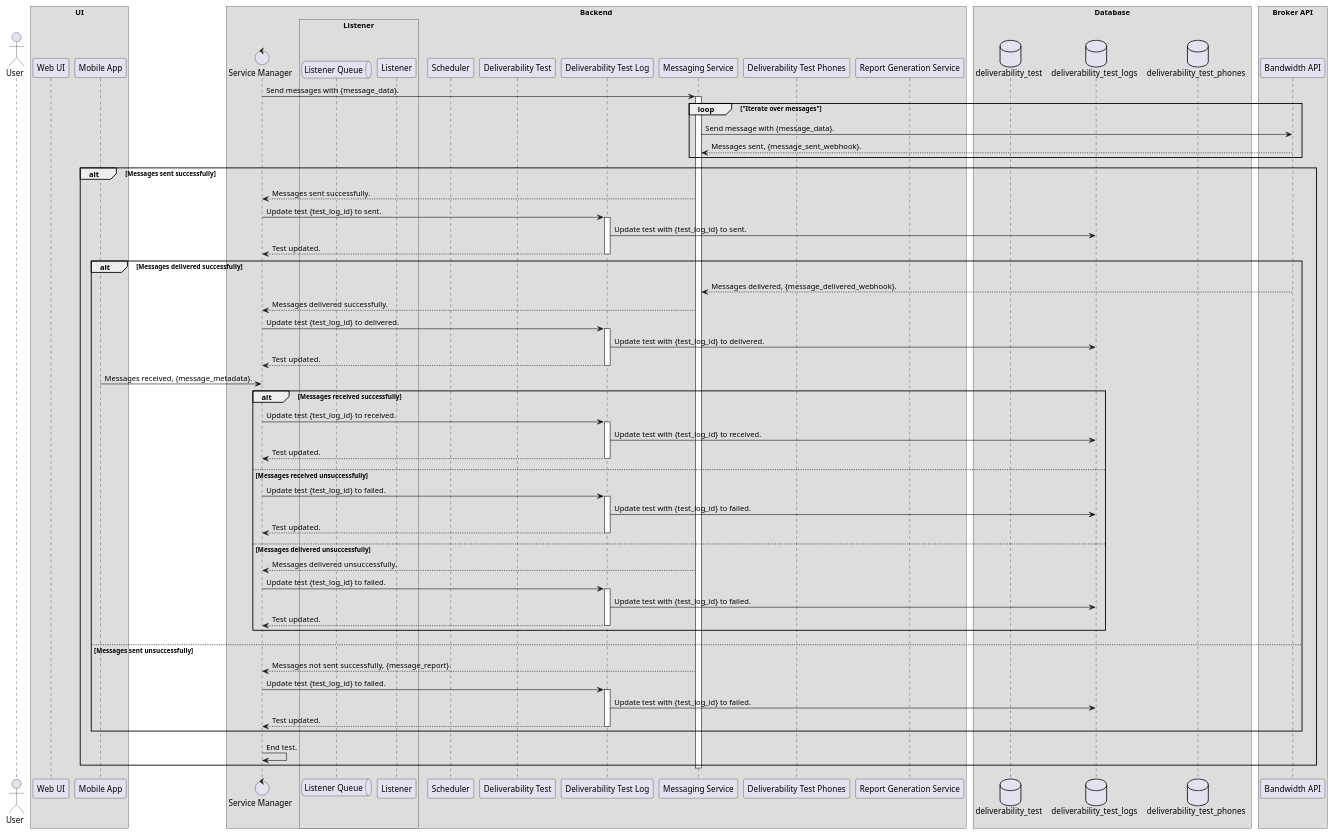
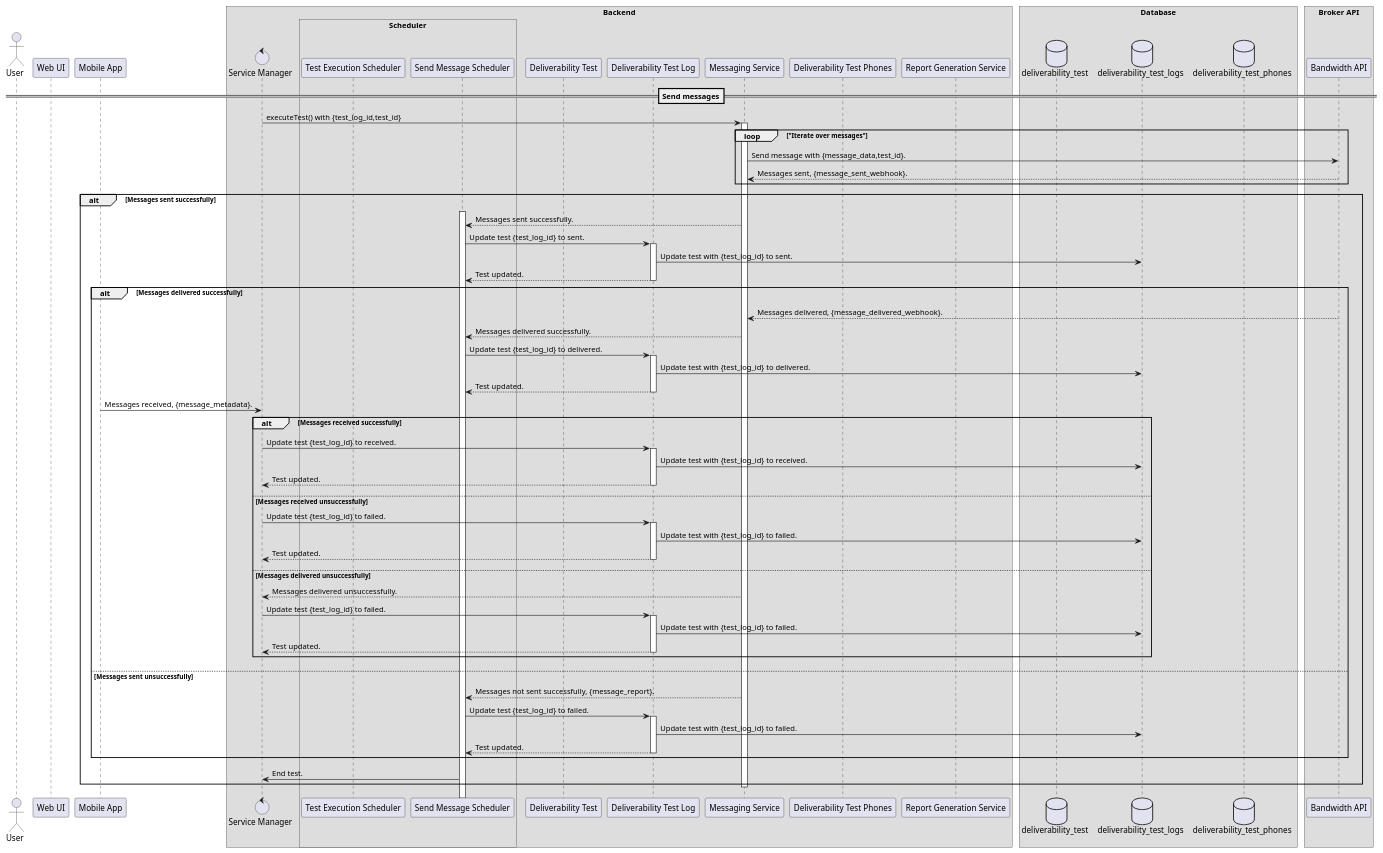
Before and after one commit to Xyz0074/testing-diagrams: the diagram in source/sequence-diagrams/test-execution-sequence-diagram.puml, drawn with PlantUML.

```diff
--- a/source/sequence-diagrams/test-execution-sequence-diagram.puml
+++ b/source/sequence-diagrams/test-execution-sequence-diagram.puml
@@ -1,92 +1,91 @@
 @startuml
 !pragma teoz true
 
 /'Defines the protocol when a test is executed. For later references, this diagram represents the algorithm for the'/
 /'subroutine labelled as executeTest() in the service manager.'/
 /'author: Luvai Cutlerywala <luvaidc@gmail.com>'/
 
 /'Define the actors and participants.'/
 actor User as user
 
-box UI
+
     participant "Web UI" as web_ui
     participant "Mobile App" as mobile_app
-end box
 
 box Backend
     control "Service Manager" as service_manager
-    box Listener
-        queue "Listener Queue" as listener_queue
-        participant "Listener" as listener
+    box Scheduler
+        participant "Test Execution Scheduler" as hourly
+        participant "Send Message Scheduler" as min
     end box
-    participant "Scheduler" as scheduler
     participant "Deliverability Test" as deliverability_test
     participant "Deliverability Test Log" as deliverability_test_log
     participant "Messaging Service" as messenger
     participant "Deliverability Test Phones" as deliverability_test_phones
     participant "Report Generation Service" as report_generator
 end box
 
 box Database
     database deliverability_test as dt
     database deliverability_test_logs as dtl
     database deliverability_test_phones as dtp
 end box
 
 box "Broker API"
     participant "Bandwidth API" as broker_api
 end box
-
-service_manager -> messenger: Send messages with {message_data}.
+== Send messages==
+service_manager -> messenger: executeTest() with {test_log_id,test_id}
 activate messenger
 loop "Iterate over messages"
-    messenger -> broker_api: Send message with {message_data}.
+    messenger -> broker_api: Send message with {message_data,test_id}.
     broker_api --> messenger: Messages sent, {message_sent_webhook}.
 end
 alt Messages sent successfully
-    messenger --> service_manager: Messages sent successfully.
-    service_manager -> deliverability_test_log: Update test {test_log_id} to sent.
+activate min
+    messenger --> min: Messages sent successfully.
+    min -> deliverability_test_log: Update test {test_log_id} to sent.
     activate deliverability_test_log
     deliverability_test_log -> dtl: Update test with {test_log_id} to sent.
-    deliverability_test_log --> service_manager: Test updated.
+    deliverability_test_log --> min: Test updated.
     deactivate deliverability_test_log
     alt Messages delivered successfully
         broker_api --> messenger: Messages delivered, {message_delivered_webhook}.
-        messenger --> service_manager: Messages delivered successfully.
-        service_manager -> deliverability_test_log: Update test {test_log_id} to delivered.
+        messenger --> min: Messages delivered successfully.
+        min -> deliverability_test_log: Update test {test_log_id} to delivered.
         activate deliverability_test_log
         deliverability_test_log -> dtl: Update test with {test_log_id} to delivered.
-        deliverability_test_log --> service_manager: Test updated.
+        deliverability_test_log --> min: Test updated.
         deactivate deliverability_test_log
         mobile_app -> service_manager: Messages received, {message_metadata}.
         alt Messages received successfully
             service_manager -> deliverability_test_log: Update test {test_log_id} to received.
             activate deliverability_test_log
             deliverability_test_log -> dtl: Update test with {test_log_id} to received.
             deliverability_test_log --> service_manager: Test updated.
             deactivate deliverability_test_log
         else Messages received unsuccessfully
             service_manager -> deliverability_test_log: Update test {test_log_id} to failed.
             activate deliverability_test_log
             deliverability_test_log -> dtl: Update test with {test_log_id} to failed.
             deliverability_test_log --> service_manager: Test updated.
             deactivate deliverability_test_log
     else Messages delivered unsuccessfully
         messenger --> service_manager: Messages delivered unsuccessfully.
         service_manager -> deliverability_test_log: Update test {test_log_id} to failed.
         activate deliverability_test_log
         deliverability_test_log -> dtl: Update test with {test_log_id} to failed.
         deliverability_test_log --> service_manager: Test updated.
         deactivate deliverability_test_log
     end
 else Messages sent unsuccessfully
-    messenger --> service_manager: Messages not sent successfully, {message_report}.
-    service_manager -> deliverability_test_log: Update test {test_log_id} to failed.
+    messenger --> min: Messages not sent successfully, {message_report}.
+    min -> deliverability_test_log: Update test {test_log_id} to failed.
     activate deliverability_test_log
     deliverability_test_log -> dtl: Update test with {test_log_id} to failed.
-    deliverability_test_log --> service_manager: Test updated.
+    deliverability_test_log --> min: Test updated.
     deactivate deliverability_test_log
 end
-service_manager -> service_manager: End test.
+min -> service_manager: End test.
 deactivate messenger
 @enduml
```
